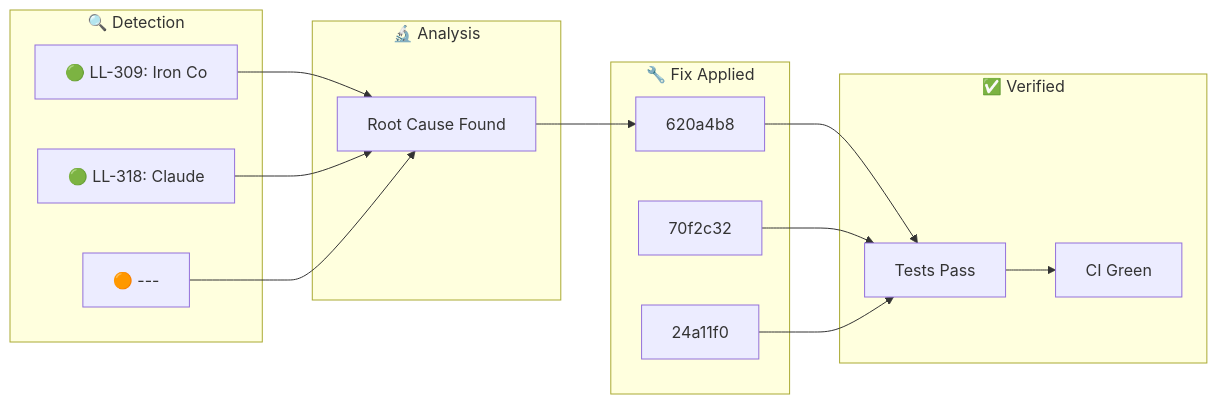
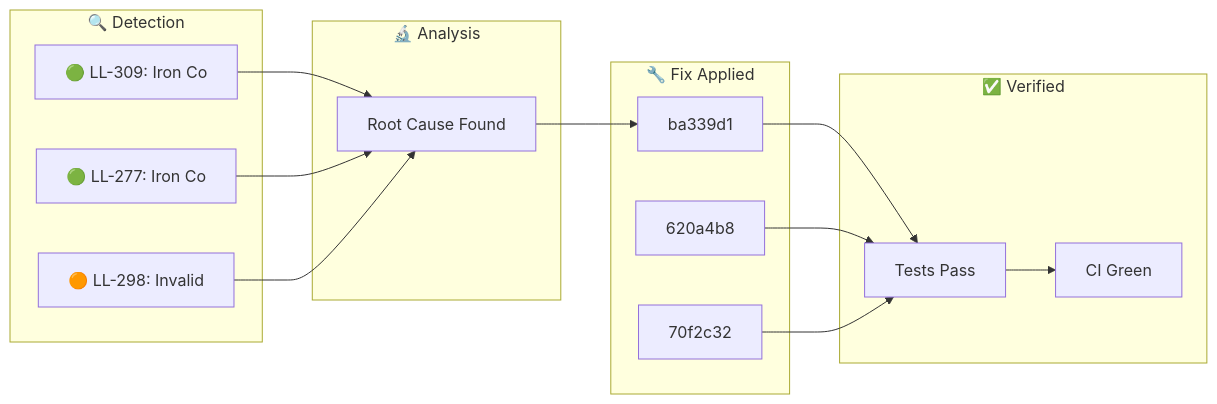
Before and after one commit to YoByron/trading: the diagram in docs/_posts/2026-01-30-ralph-discovery.md, drawn with Mermaid. The commit also changed other lines of this file, not shown here.

````diff
--- a/docs/_posts/2026-01-30-ralph-discovery.md
+++ b/docs/_posts/2026-01-30-ralph-discovery.md
@@ -17,28 +17,28 @@
 ```mermaid
 flowchart LR
     subgraph Detection["🔍 Detection"]
         D1["🟢 LL-309: Iron Co"]
-        D2["🟢 LL-318: Claude "]
-        D3["🟠 ---"]
+        D2["🟢 LL-277: Iron Co"]
+        D3["🟠 LL-298: Invalid"]
     end
     subgraph Analysis["🔬 Analysis"]
         A1["Root Cause Found"]
     end
     subgraph Fix["🔧 Fix Applied"]
-        F1["620a4b8"]
-        F2["70f2c32"]
-        F3["24a11f0"]
+        F1["ba339d1"]
+        F2["620a4b8"]
+        F3["70f2c32"]
     end
     subgraph Verify["✅ Verified"]
         V1["Tests Pass"]
         V2["CI Green"]
     end
     D1 --> A1
     D2 --> A1
     D3 --> A1
     A1 --> F1
     F1 --> V1
     F2 --> V1
     F3 --> V1
     V1 --> V2
 ```
````
